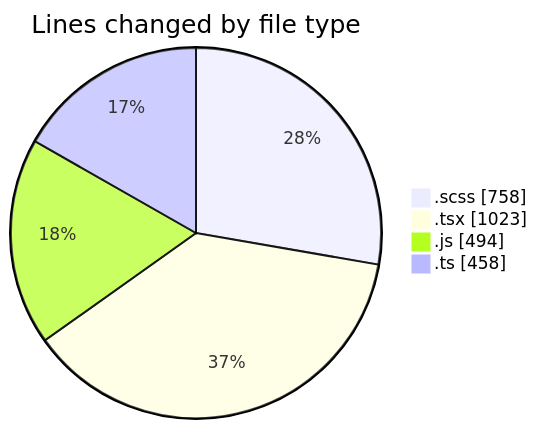
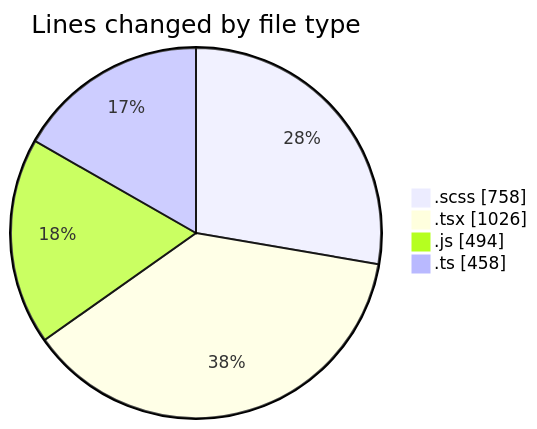
The first of 2 diagrams in 2025-03-14/cda/README.md (momahboobian/code-tracking), drawn with Mermaid before and after one commit. The commit also changed other lines of this file and 1 other file, not shown here.

````diff
--- a/2025-03-14/cda/README.md
+++ b/2025-03-14/cda/README.md
@@ -34,8 +34,8 @@
 ```mermaid
 pie showData
 title Lines changed by file type
 ".scss" : 758
-".tsx" : 1023
+".tsx" : 1026
 ".js" : 494
 ".ts" : 458
 ```
````
